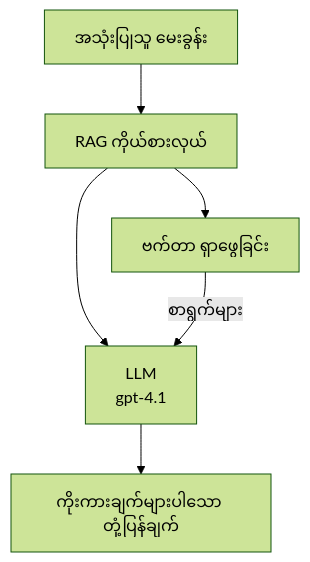
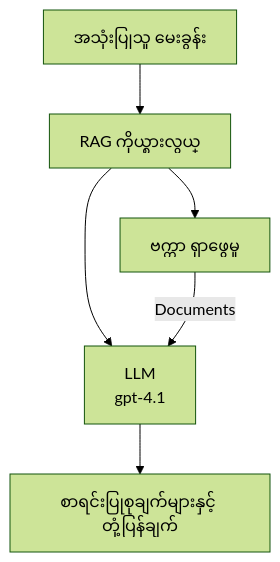
One commit to microsoft/AZD-for-beginners changed the second of 3 diagrams in translations/my/docs/chapter-02-ai-development/agents.md. Above: the diagram before and after it, drawn with Mermaid (forest theme). The commit also changed other lines of this file and 59 other files, not shown here.

````diff
--- a/translations/my/docs/chapter-02-ai-development/agents.md
+++ b/translations/my/docs/chapter-02-ai-development/agents.md
@@ -181,8 +181,8 @@
 ```mermaid
 graph TD
-    Query[အသုံးပြုသူ မေးခွန်း] --> RAG[RAG ကိုယ်စားလှယ်]
-    RAG --> Vector[ဗက်တာ ရှာဖွေခြင်း]
+    Query[အသုံးပြုသူ မေးခွန်း] --> RAG[RAG ကိုယ္စားလွယ္]
+    RAG --> Vector[ဗက္တာ ရှာဖွေမှု]
     RAG --> LLM[LLM<br/>gpt-4.1]
-    Vector -- စာရွက်များ --> LLM
-    LLM --> Response[ကိုးကားချက်များပါသော တုံ့ပြန်ချက်]
+    Vector -- Documents --> LLM
+    LLM --> Response[စာရင်းပြုစုချက်များနှင့် တုံ့ပြန်ချက်]
 ```
````
